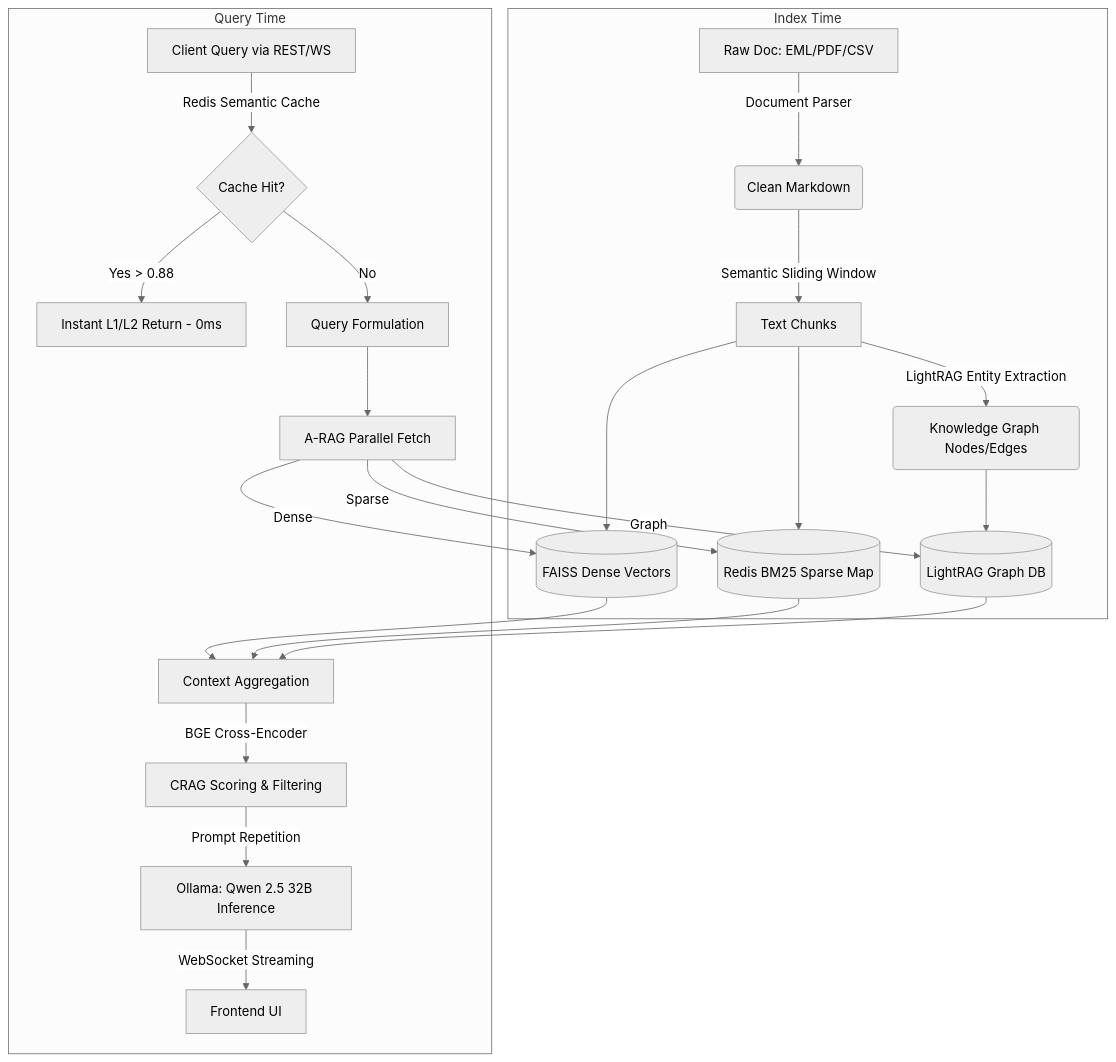
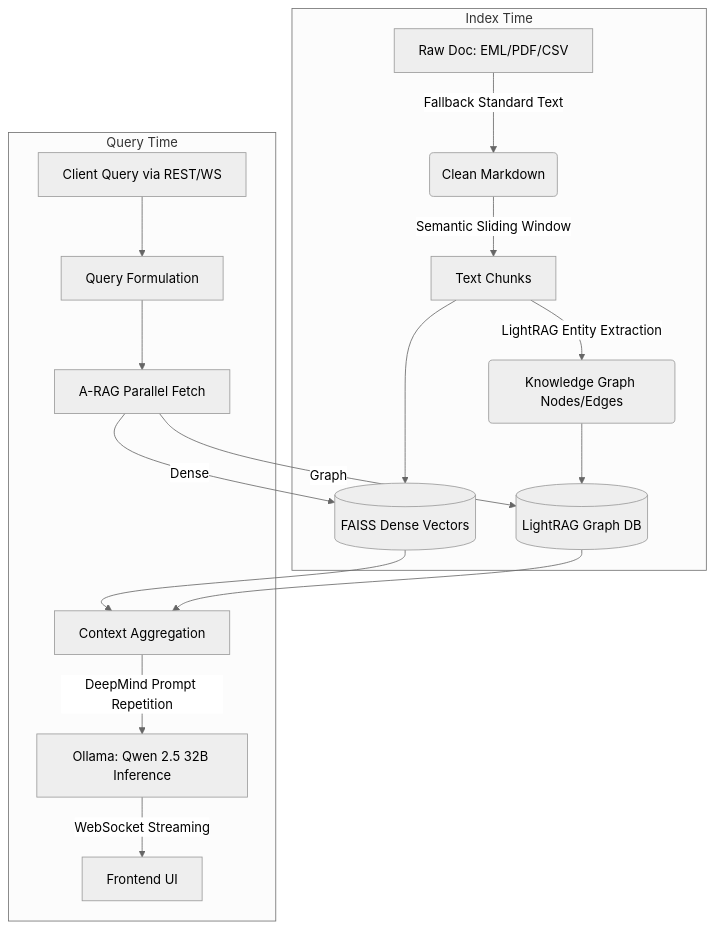
Before and after one commit to auraCodesKM/brdAgentBackend: the diagram in README.md, drawn with Mermaid (neutral theme). The commit also changed other lines of this file, not shown here.

Commit message:
docs: align backend README with actual LightRAG and Ollama Windows execution state, featuring real JSON outputs

````diff
--- a/README.md
+++ b/README.md
@@ -25,32 +39,26 @@
 ```mermaid
 graph TD
     %% Ingestion Flow
     subgraph Ingestion Pipeline [Index Time]
-        A[Raw Doc: EML/PDF/CSV] -->|Document Parser| B(Clean Markdown)
+        A[Raw Doc: EML/PDF/CSV] -->|Fallback Standard Text| B(Clean Markdown)
         B -->|Semantic Sliding Window| C[Text Chunks]
         C -->|LightRAG Entity Extraction| D(Knowledge Graph Nodes/Edges)
         
         C --> F[(FAISS Dense Vectors)]
-        C --> G[(Redis BM25 Sparse Map)]
         D --> H[(LightRAG Graph DB)]
     end
 
     %% Retrieval Flow
     subgraph Generation Pipeline [Query Time]
-        I[Client Query via REST/WS] -->|Redis Semantic Cache| J{Cache Hit?}
-        J -->|Yes > 0.88| K[Instant L1/L2 Return - 0ms]
-        
-        J -->|No| L[Query Formulation]
+        I[Client Query via REST/WS] --> L[Query Formulation]
         L --> M[A-RAG Parallel Fetch]
         
         M -->|Dense| F
-        M -->|Sparse| G
         M -->|Graph| H
         
-        F & G & H --> N[Context Aggregation]
-        N -->|BGE Cross-Encoder| O[CRAG Scoring & Filtering]
+        F & H --> N[Context Aggregation]
         
-        O -->|Prompt Repetition| R[Ollama: Qwen 2.5 32B Inference]
+        N -->|DeepMind Prompt Repetition| R[Ollama: Qwen 2.5 32B Inference]
         R -->|WebSocket Streaming| S[Frontend UI]
     end
 ```
````
